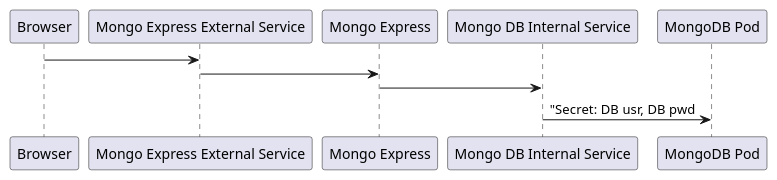
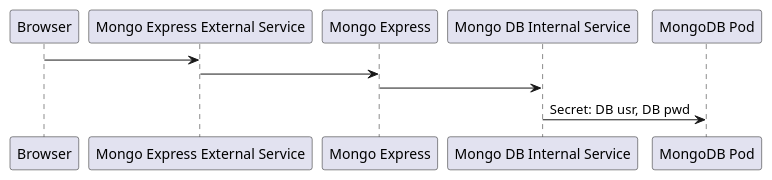
Before and after one commit to 4arturas/iSignThis: the tenth of 15 diagrams in README.adoc, drawn with PlantUML. The commit also changed other lines of this file, not shown here.

```diff
--- a/README.adoc
+++ b/README.adoc
@@ -407,7 +407,7 @@
 [plantuml]
 .....
 "Browser" -> "Mongo Express External Service"
 "Mongo Express External Service" -> "Mongo Express"
 "Mongo Express" -> "Mongo DB Internal Service"
-"Mongo DB Internal Service" -> "MongoDB Pod": "Secret: DB usr, DB pwd
+"Mongo DB Internal Service" -> "MongoDB Pod": Secret: DB usr, DB pwd
 .....
```
